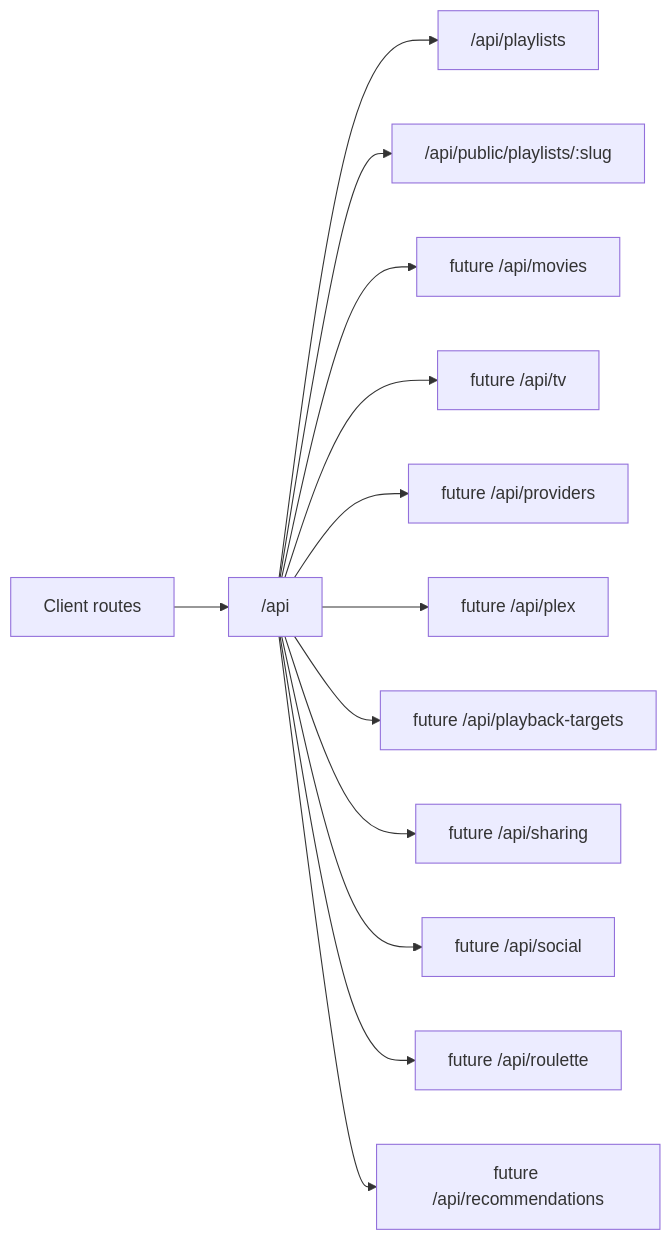
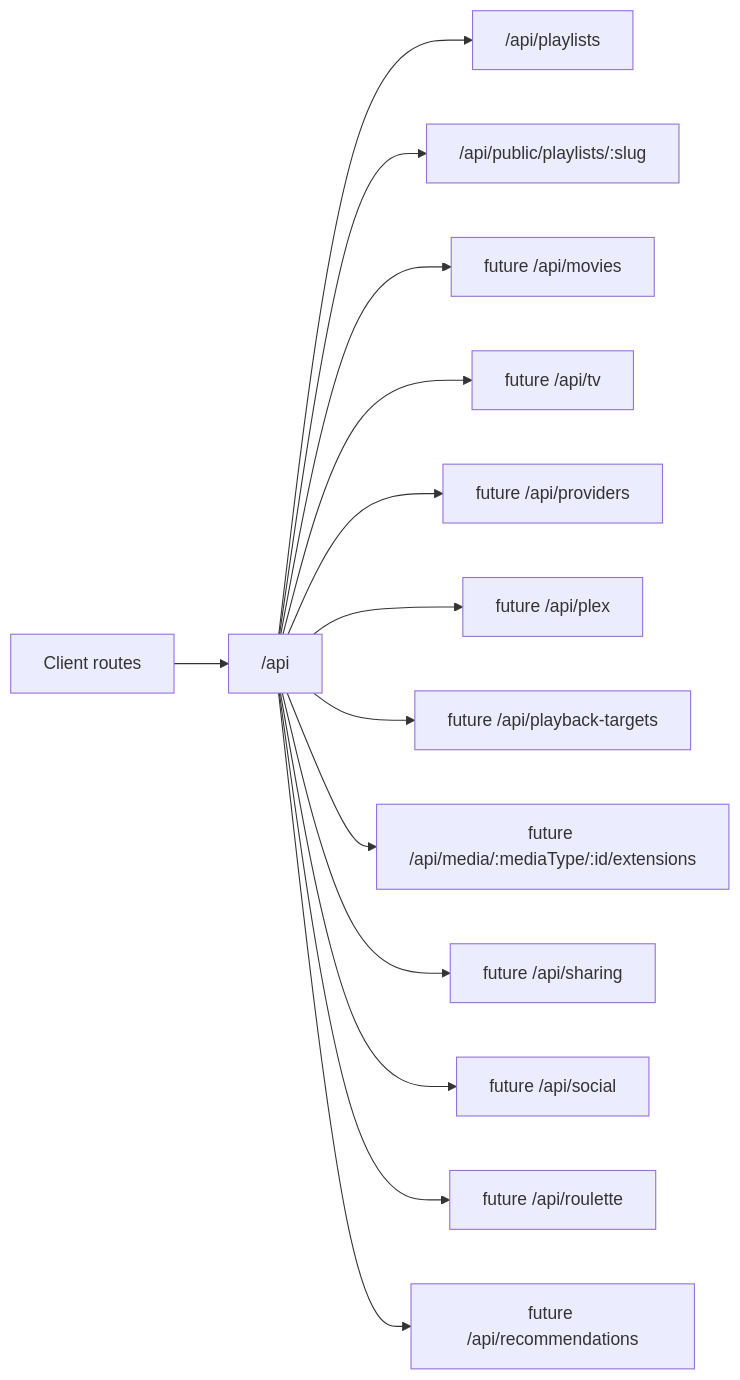
One commit to TerryFoster1/flim changed the diagram in docs/api-design.md. Above: the diagram before and after it, drawn with Mermaid. The commit also changed other lines of this file and 14 other files, not shown here.

Commit message:
Add media extensions foundation

````diff
--- a/docs/api-design.md
+++ b/docs/api-design.md
@@ -11,15 +11,16 @@
 ```mermaid
 flowchart LR
   Client["Client routes"] --> API["/api"]
   API --> Playlists["/api/playlists"]
   API --> PublicSharing["/api/public/playlists/:slug"]
   API --> Movies["future /api/movies"]
   API --> TV["future /api/tv"]
   API --> Providers["future /api/providers"]
   API --> Plex["future /api/plex"]
   API --> Devices["future /api/playback-targets"]
+  API --> Extensions["future /api/media/:mediaType/:id/extensions"]
   API --> Sharing["future /api/sharing"]
   API --> Social["future /api/social"]
   API --> Roulette["future /api/roulette"]
   API --> Recommendations["future /api/recommendations"]
 ```
````
